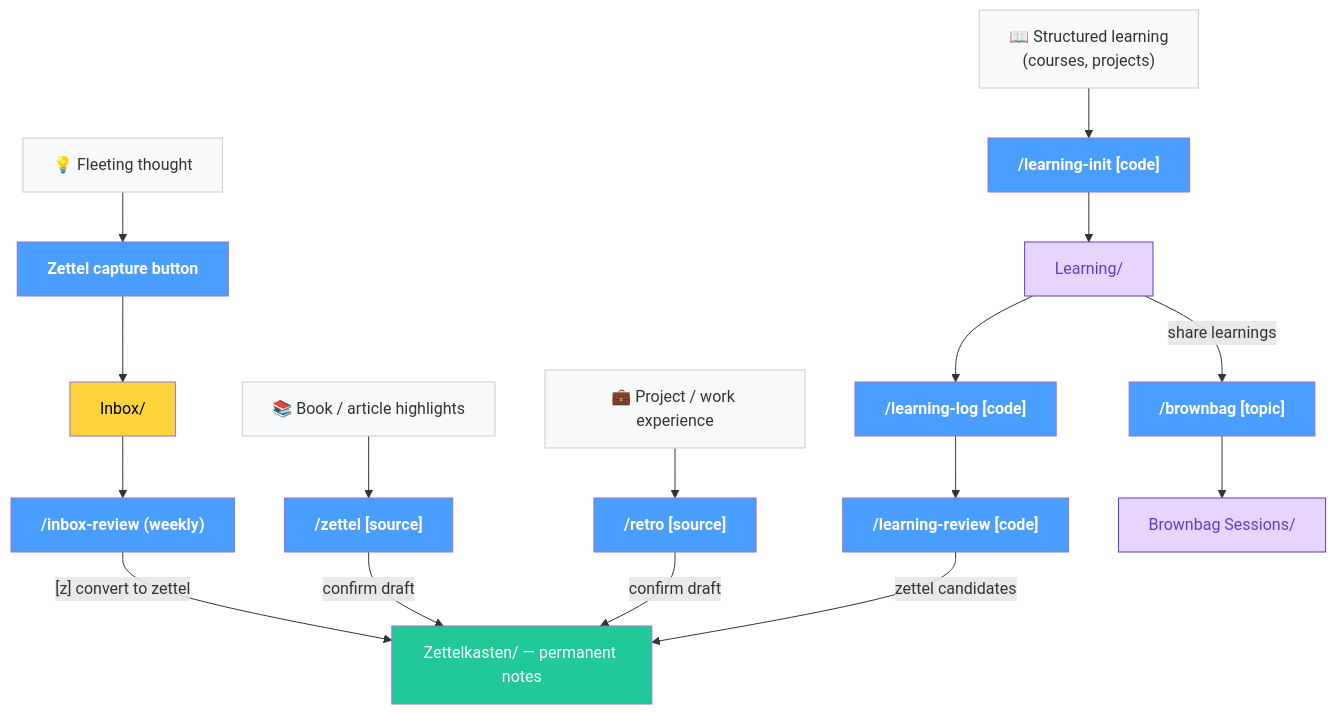
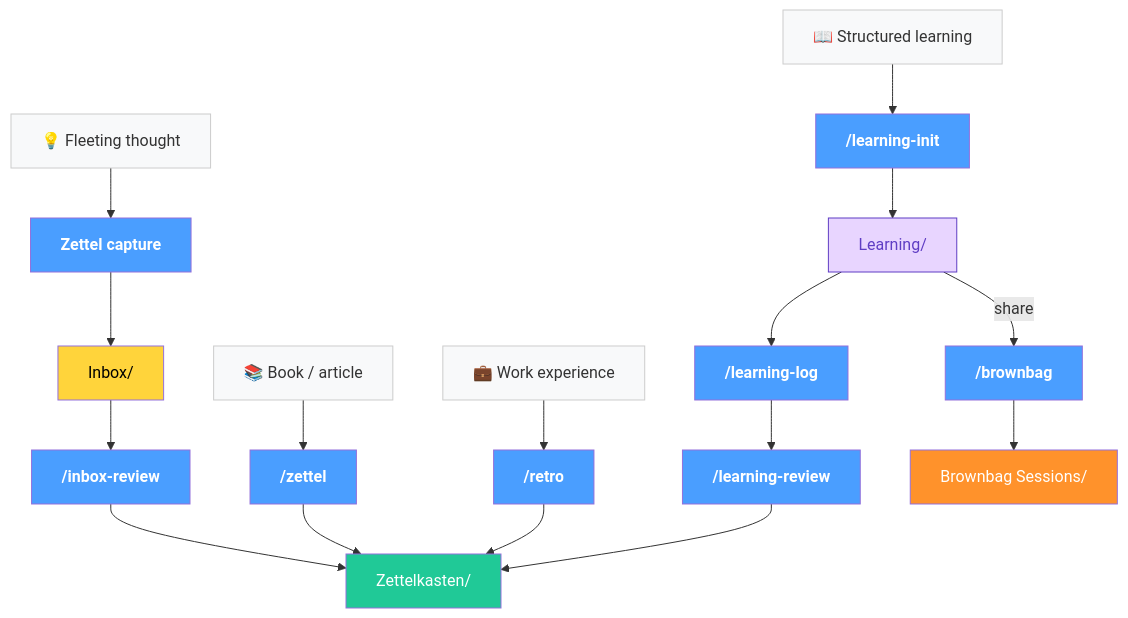
One commit to yepengfan/obsidian-workflow changed the third of 4 diagrams in README.md. Above: the diagram before and after it, drawn with Mermaid. The commit also changed other lines of this file, not shown here.

First line of the commit message:
Narrow Architecture and Knowledge Flow diagrams

````diff
--- a/README.md
+++ b/README.md
@@ -131,39 +106,26 @@
 ```mermaid
 flowchart TD
     classDef cmd fill:#4a9eff,color:#fff,font-weight:bold
     classDef store fill:#20c997,color:#fff
     classDef inbox fill:#ffd43b,color:#000
     classDef source fill:#f8f9fa,color:#333,stroke:#ccc
     classDef plan fill:#e8d5ff,color:#5f3dc4,stroke:#5f3dc4
+    classDef output fill:#ff922b,color:#fff
 
     THOUGHT["💡 Fleeting thought"]:::source
-    BOOK["📚 Book / article highlights"]:::source
-    WORK_EXP["💼 Project / work experience"]:::source
-    COURSE["📖 Structured learning<br/>(courses, projects)"]:::source
+    THOUGHT --> BTN["Zettel capture"]:::cmd --> INBOX["Inbox/"]:::inbox
+    INBOX --> IR["/inbox-review"]:::cmd --> ZK
 
-    BTN["Zettel capture button"]:::cmd
-    INBOX["Inbox/"]:::inbox
-    IR["/inbox-review (weekly)"]:::cmd
-    ZT["/zettel [source]"]:::cmd
-    RT["/retro [source]"]:::cmd
-    LI["/learning-init [code]"]:::cmd
-    LL["/learning-log [code]"]:::cmd
-    LR["/learning-review [code]"]:::cmd
-    BB["/brownbag [topic]"]:::cmd
+    BOOK["📚 Book / article"]:::source
+    BOOK --> ZT["/zettel"]:::cmd --> ZK
 
-    PLAN["Learning/"]:::plan
-    BBS["Brownbag Sessions/"]:::plan
-    ZK["Zettelkasten/ — permanent notes"]:::store
+    WORK_EXP["💼 Work experience"]:::source
+    WORK_EXP --> RT["/retro"]:::cmd --> ZK
 
-    THOUGHT --> BTN --> INBOX --> IR
-    BOOK --> ZT
-    WORK_EXP --> RT
-    COURSE --> LI --> PLAN
-    PLAN --> LL --> LR
-    PLAN -->|"share learnings"| BB --> BBS
+    COURSE["📖 Structured learning"]:::source
+    COURSE --> LI["/learning-init"]:::cmd --> PLAN["Learning/"]:::plan
+    PLAN --> LL["/learning-log"]:::cmd --> LR["/learning-review"]:::cmd
+    LR --> ZK["Zettelkasten/"]:::store
 
-    IR -->|"[z] convert to zettel"| ZK
-    ZT -->|"confirm draft"| ZK
-    RT -->|"confirm draft"| ZK
-    LR -->|"zettel candidates"| ZK
+    PLAN -->|share| BB["/brownbag"]:::cmd --> BBS["Brownbag Sessions/"]:::output
 ```
````
